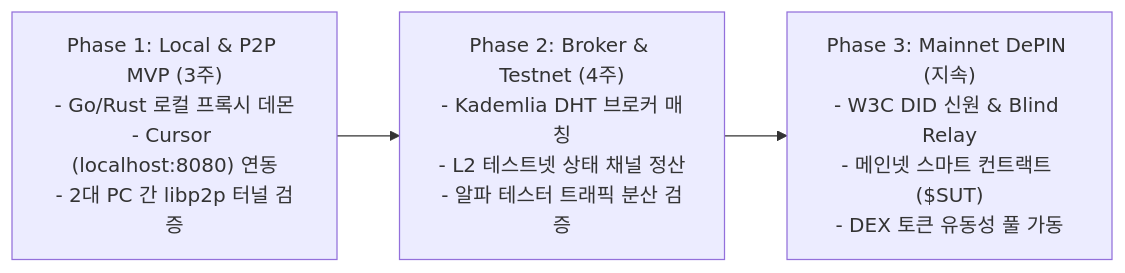
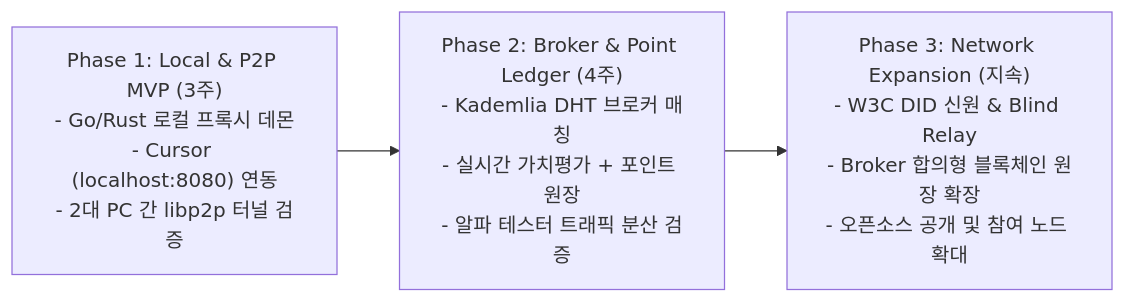
Before and after one commit to tanminkwan/share-ur-tokens: the second of 2 diagrams in docs/feasibility-and-tos-strategy.md, drawn with Mermaid. The commit also changed other lines of this file and 12 other files, not shown here.

````diff
--- a/docs/feasibility-and-tos-strategy.md
+++ b/docs/feasibility-and-tos-strategy.md
@@ -75,6 +75,6 @@
 ```mermaid
 flowchart LR
     Phase1["Phase 1: Local & P2P MVP (3주)\n- Go/Rust 로컬 프록시 데몬\n- Cursor (localhost:8080) 연동\n- 2대 PC 간 libp2p 터널 검증"]
-    --> Phase2["Phase 2: Broker & Testnet (4주)\n- Kademlia DHT 브로커 매칭\n- L2 테스트넷 상태 채널 정산\n- 알파 테스터 트래픽 분산 검증"]
-    --> Phase3["Phase 3: Mainnet DePIN (지속)\n- W3C DID 신원 & Blind Relay\n- 메인넷 스마트 컨트랙트 ($SUT)\n- DEX 토큰 유동성 풀 가동"]
+    --> Phase2["Phase 2: Broker & Point Ledger (4주)\n- Kademlia DHT 브로커 매칭\n- 실시간 가치평가 + 포인트 원장\n- 알파 테스터 트래픽 분산 검증"]
+    --> Phase3["Phase 3: Network Expansion (지속)\n- W3C DID 신원 & Blind Relay\n- Broker 합의형 블록체인 원장 확장\n- 오픈소스 공개 및 참여 노드 확대"]
 ```
````
